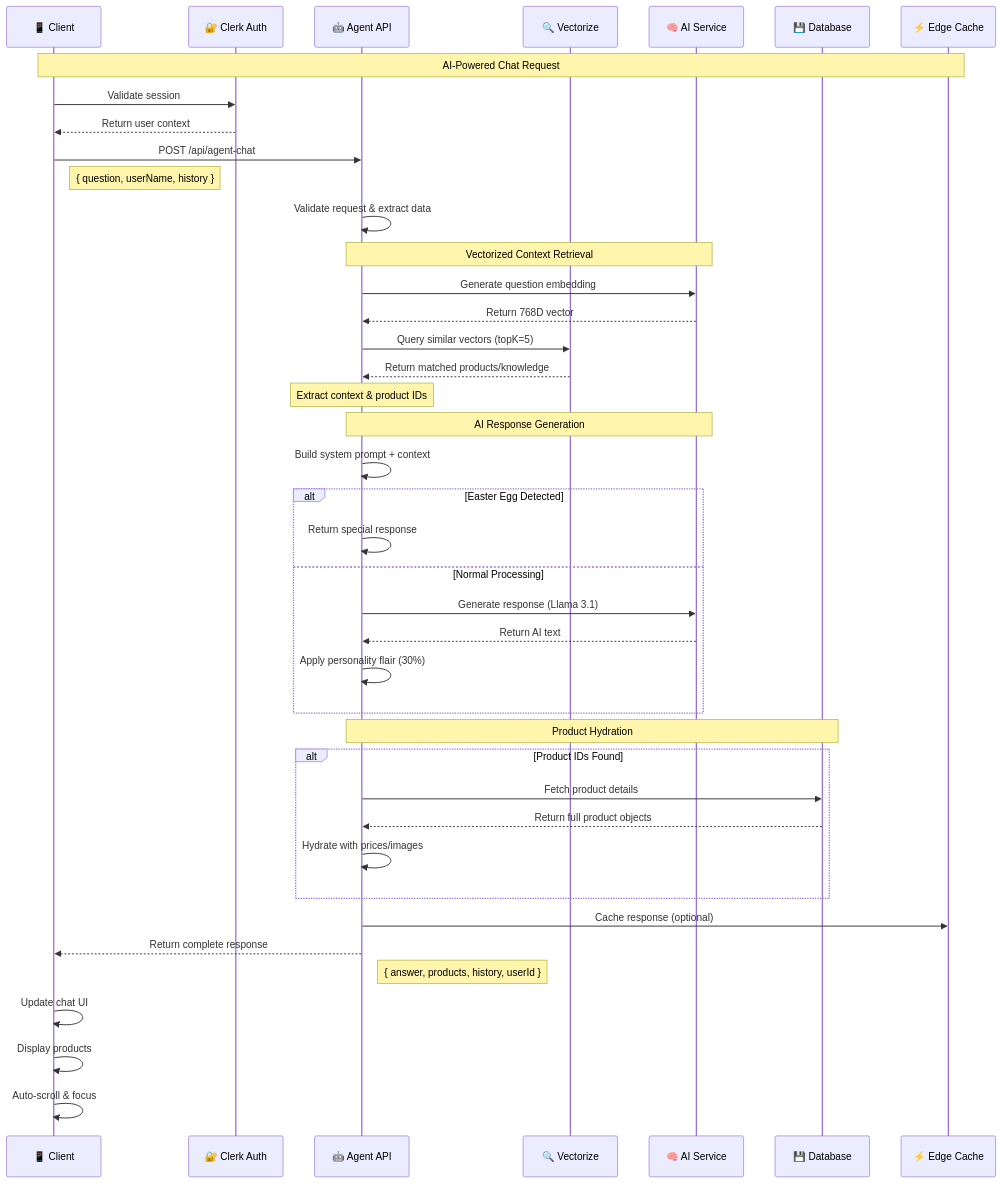
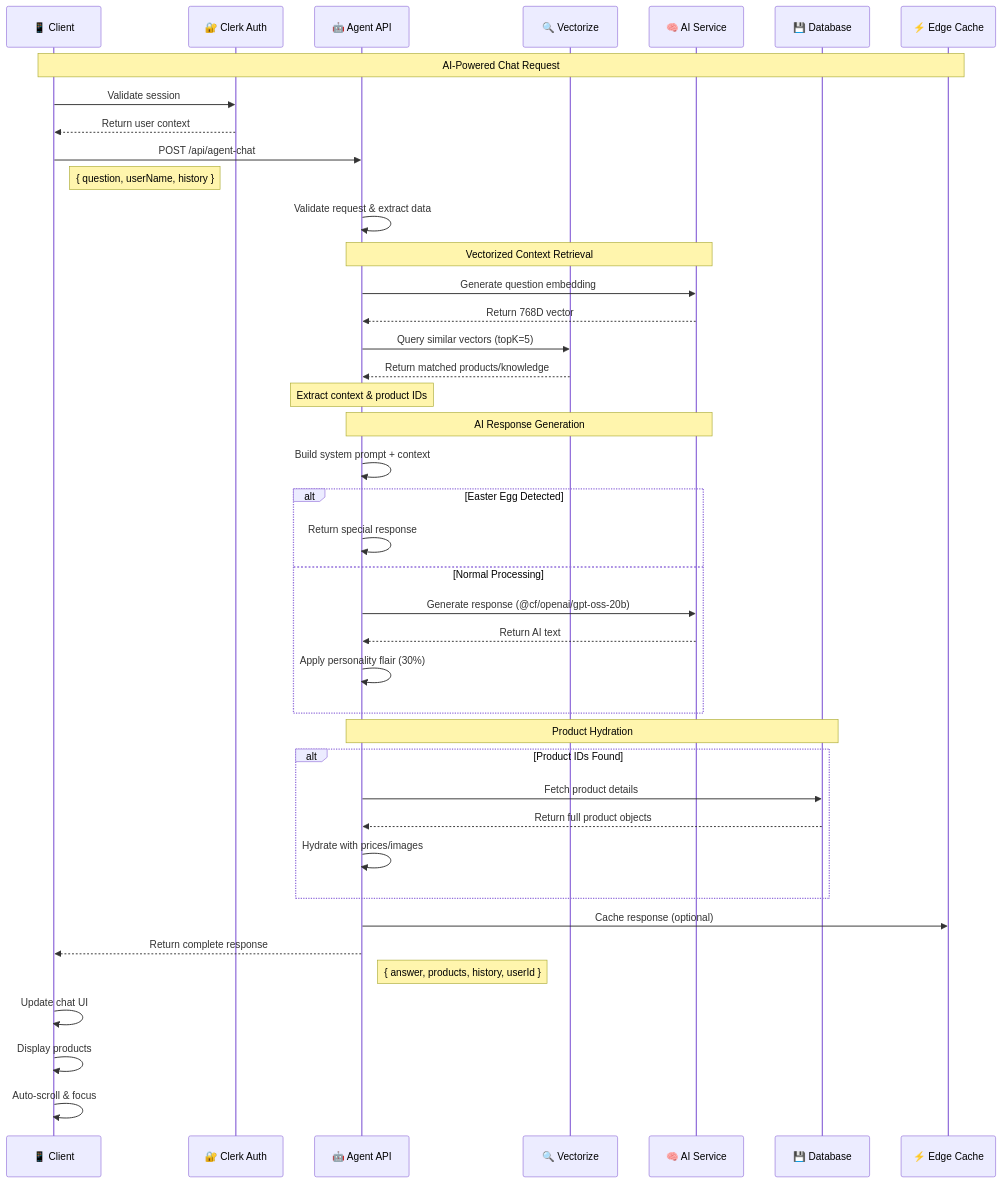
The second of 5 diagrams in docs/api-architecture.md (russellkmoore/mercora), drawn with Mermaid before and after one commit. The commit also changed other lines of this file, not shown here.

First line of the commit message:
docs(04-02): name the current model and describe the real Stripe path in the API architecture

````diff
--- a/docs/api-architecture.md
+++ b/docs/api-architecture.md
@@ -228,55 +228,55 @@
 ```mermaid
 sequenceDiagram
     participant Client as 📱 Client
     participant Auth as 🔐 Clerk Auth
     participant API as 🤖 Agent API
     participant Vector as 🔍 Vectorize
     participant AI as 🧠 AI Service
     participant DB as 💾 Database
     participant Cache as ⚡ Edge Cache
 
     Note over Client, Cache: AI-Powered Chat Request
 
     Client->>Auth: Validate session
     Auth-->>Client: Return user context
 
     Client->>API: POST /api/agent-chat
     Note right of Client: { question, userName, history }
 
     API->>API: Validate request & extract data
     
     Note over API, AI: Vectorized Context Retrieval
     API->>AI: Generate question embedding
     AI-->>API: Return 768D vector
     
     API->>Vector: Query similar vectors (topK=5)
     Vector-->>API: Return matched products/knowledge
     
     Note over API: Extract context & product IDs
 
     Note over API, AI: AI Response Generation
     API->>API: Build system prompt + context
     
     alt Easter Egg Detected
         API->>API: Return special response
     else Normal Processing
-        API->>AI: Generate response (Llama 3.1)
+        API->>AI: Generate response (@cf/openai/gpt-oss-20b)
         AI-->>API: Return AI text
         API->>API: Apply personality flair (30%)
     end
 
     Note over API, DB: Product Hydration
     alt Product IDs Found
         API->>DB: Fetch product details
         DB-->>API: Return full product objects
         API->>API: Hydrate with prices/images
     end
 
     API->>Cache: Cache response (optional)
     API-->>Client: Return complete response
     Note right of API: { answer, products, history, userId }
 
     Client->>Client: Update chat UI
     Client->>Client: Display products
     Client->>Client: Auto-scroll & focus
 ```
````
